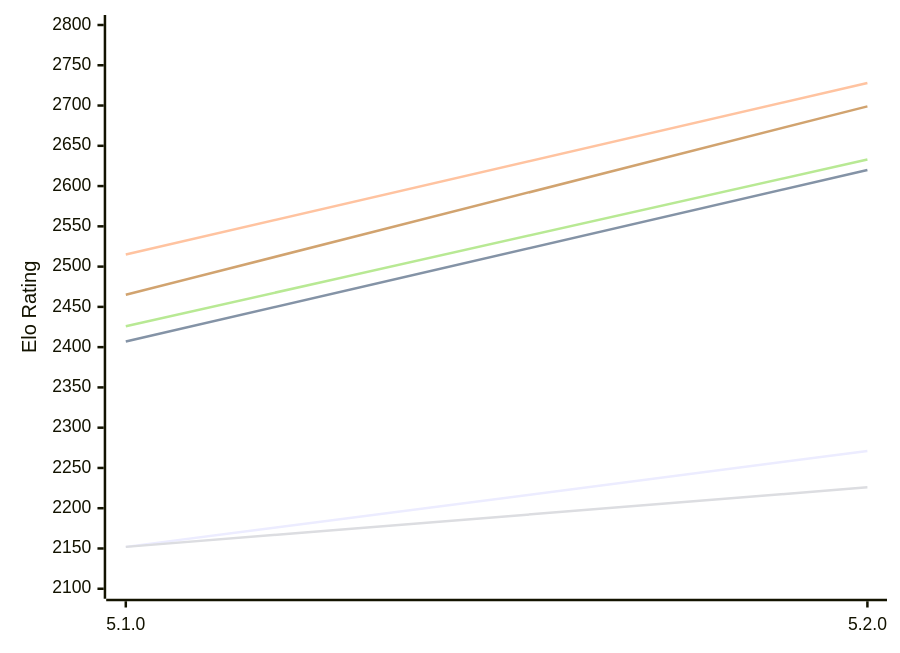
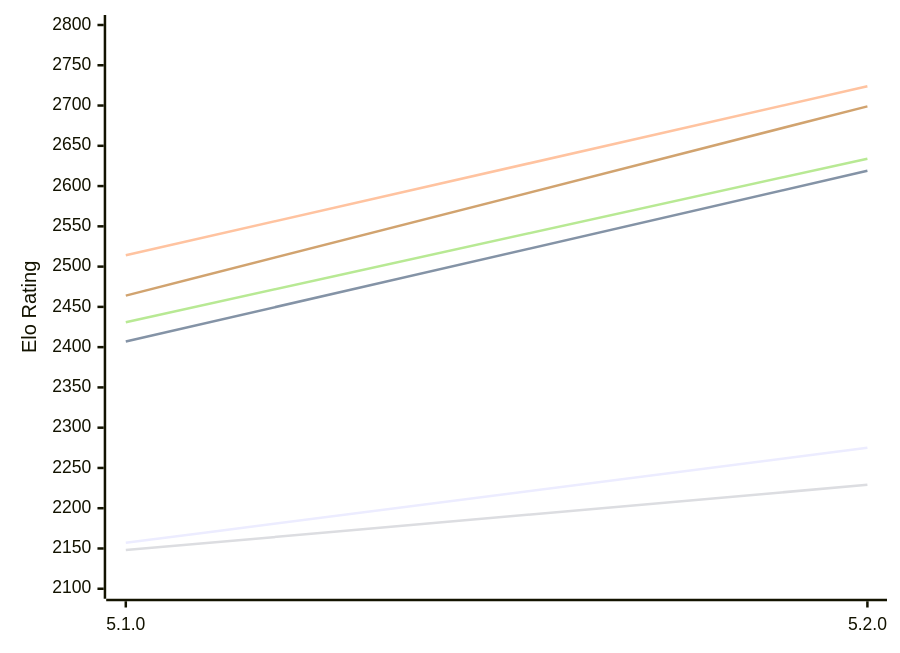
One commit to computer-chess-index/cci changed the first of 2 diagrams in engines/Aconcagua.md. Above: the diagram before and after it, drawn with Mermaid. The commit also changed other lines of this file, not shown here.

Commit message:
Update CCI Ratings (ELO VLTC) - 2026-11-26

````diff
--- a/engines/Aconcagua.md
+++ b/engines/Aconcagua.md
@@ -53,12 +53,12 @@
 ```mermaid
 %%{init: {"theme":"base","themeVariables":{"seriesColors:['#a3a3a3','#222221','#faa371']}}}%%
 xychart-beta
   x-axis ["5.1.0", "5.2.0"]
   y-axis "Elo Rating" 2100 --> 2800
-  line "E1: STC (8.0+0.08s)" [2152, 2271]
-  line "E1: LTC (60.0+0.60s)" [2407, 2620]
-  line "E1: VLTC (2m24s+1.12s)" [2515, 2728]
-  line "P1: STC (8.0+0.08s)" [2152, 2226]
-  line "P1: LTC (60.0+0.60s)" [2426, 2633]
-  line "P1: VLTC (2m24s+1.12s)" [2465, 2699]
+  line "E1: STC (8.0+0.08s)" [2157, 2275]
+  line "E1: LTC (60.0+0.60s)" [2407, 2619]
+  line "E1: VLTC (2m24s+1.12s)" [2514, 2724]
+  line "P1: STC (8.0+0.08s)" [2148, 2229]
+  line "P1: LTC (60.0+0.60s)" [2431, 2634]
+  line "P1: VLTC (2m24s+1.12s)" [2464, 2699]
 ```
````
